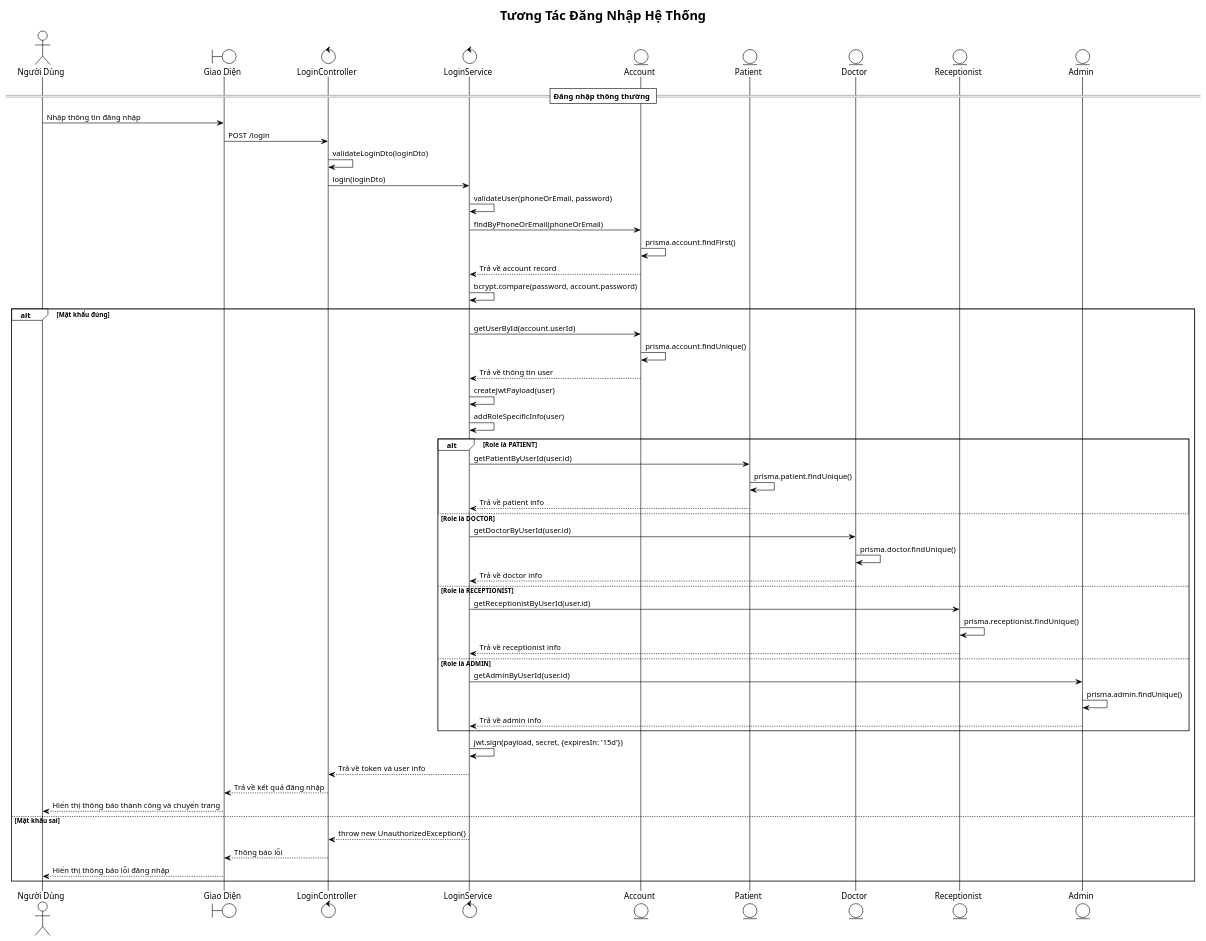
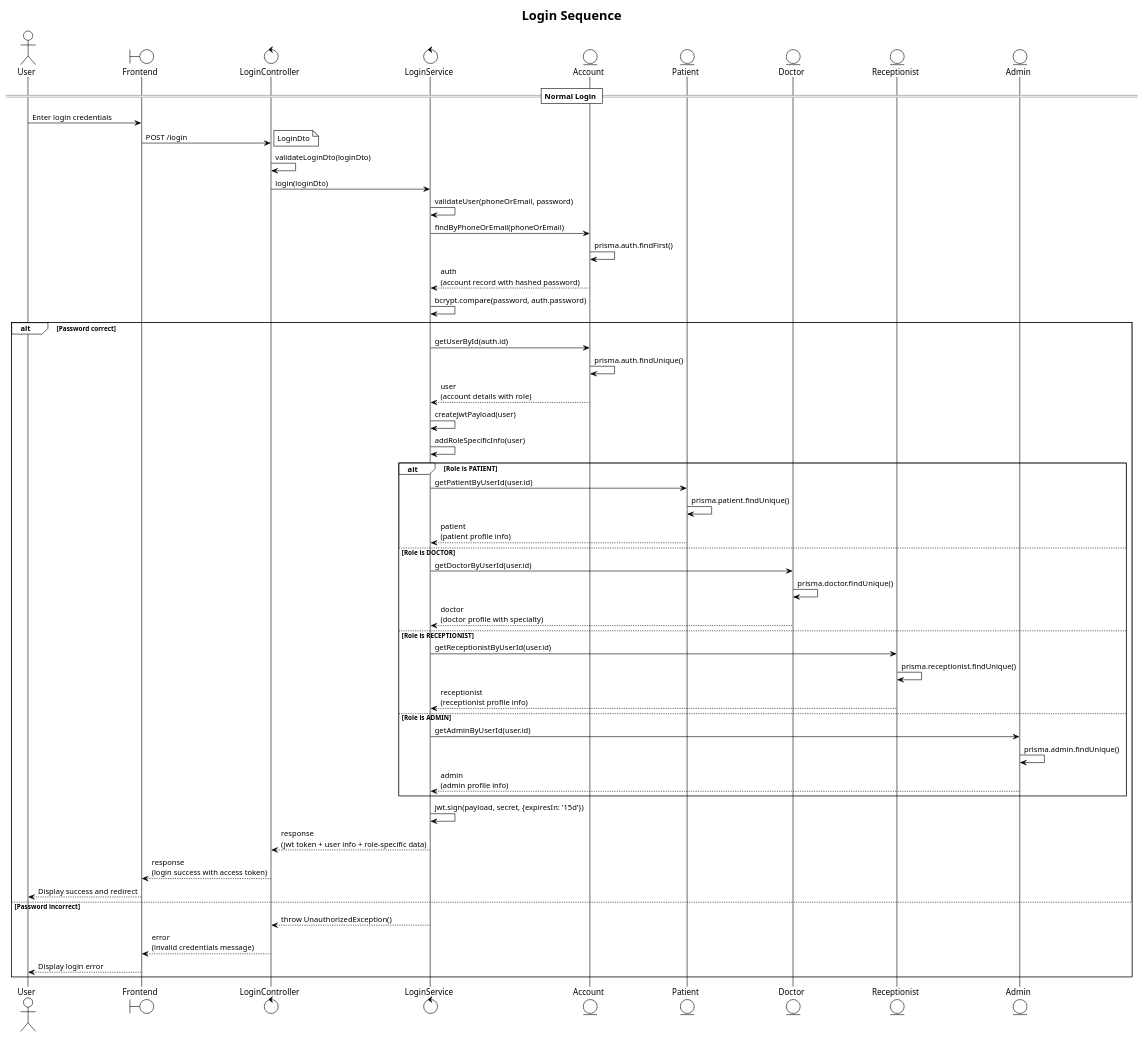
One commit to iamKhang/revita-be changed the diagram in docs/login-sequence.puml. Above: the diagram before and after it, drawn with PlantUML. The commit also changed 7 other files, not shown here.

Commit message:
Update sequence diagram

```diff
--- a/docs/login-sequence.puml
+++ b/docs/login-sequence.puml
@@ -1,69 +1,68 @@
 @startuml Login Sequence Diagram
 !theme plain
-title Tương Tác Đăng Nhập Hệ Thống
+title Login Sequence
 
-actor "Người Dùng" as U
-boundary "Giao Diện" as F
+actor "User" as U
+boundary "Frontend" as F
 control "LoginController" as C
 control "LoginService" as L
 entity "Account" as A
 entity "Patient" as P
 entity "Doctor" as D
 entity "Receptionist" as R
 entity "Admin" as AD
 
-== Đăng nhập thông thường ==
+== Normal Login ==
 
-U -> F: Nhập thông tin đăng nhập
+U -> F: Enter login credentials
 F -> C: POST /login
+note right: LoginDto
 C -> C: validateLoginDto(loginDto)
 C -> L: login(loginDto)
 L -> L: validateUser(phoneOrEmail, password)
 L -> A: findByPhoneOrEmail(phoneOrEmail)
-A -> A: prisma.account.findFirst()
-A --> L: Trả về account record
+A -> A: prisma.auth.findFirst()
+A --> L: auth\n(account record with hashed password)
 
-L -> L: bcrypt.compare(password, account.password)
-alt Mật khẩu đúng
-  L -> A: getUserById(account.userId)
-  A -> A: prisma.account.findUnique()
-  A --> L: Trả về thông tin user
+L -> L: bcrypt.compare(password, auth.password)
+alt Password correct
+  L -> A: getUserById(auth.id)
+  A -> A: prisma.auth.findUnique()
+  A --> L: user\n(account details with role)
   
   L -> L: createJwtPayload(user)
   L -> L: addRoleSpecificInfo(user)
   
-  alt Role là PATIENT
+  alt Role is PATIENT
     L -> P: getPatientByUserId(user.id)
     P -> P: prisma.patient.findUnique()
-    P --> L: Trả về patient info
+    P --> L: patient\n(patient profile info)
     
-  else Role là DOCTOR
+  else Role is DOCTOR
     L -> D: getDoctorByUserId(user.id)
     D -> D: prisma.doctor.findUnique()
-    D --> L: Trả về doctor info
+    D --> L: doctor\n(doctor profile with specialty)
     
-  else Role là RECEPTIONIST
+  else Role is RECEPTIONIST
     L -> R: getReceptionistByUserId(user.id)
     R -> R: prisma.receptionist.findUnique()
-    R --> L: Trả về receptionist info
+    R --> L: receptionist\n(receptionist profile info)
     
-  else Role là ADMIN
+  else Role is ADMIN
     L -> AD: getAdminByUserId(user.id)
     AD -> AD: prisma.admin.findUnique()
-    AD --> L: Trả về admin info
+    AD --> L: admin\n(admin profile info)
   end
   
   L -> L: jwt.sign(payload, secret, {expiresIn: '15d'})
-  L --> C: Trả về token và user info
-  C --> F: Trả về kết quả đăng nhập
-  F --> U: Hiển thị thông báo thành công và chuyển trang
+  L --> C: response\n(jwt token + user info + role-specific data)
+  C --> F: response\n(login success with access token)
+  F --> U: Display success and redirect
   
-else Mật khẩu sai
-  L --> C: throw new UnauthorizedException()
-  C --> F: Thông báo lỗi
-  F --> U: Hiển thị thông báo lỗi đăng nhập
+else Password incorrect
+  L --> C: throw UnauthorizedException()
+  C --> F: error\n(invalid credentials message)
+  F --> U: Display login error
 end
 
-
-
 @enduml
```
